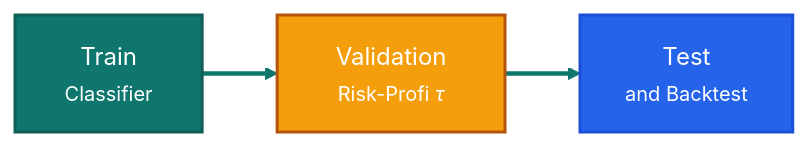
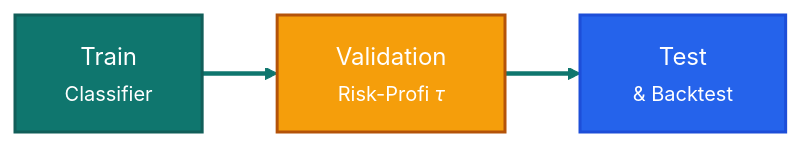
One commit to Pablo-Molla-Charlez/SecondaryModel changed the third of 3 diagrams in README.md. Above: the diagram before and after it, drawn with Mermaid. The commit also changed other lines of this file, not shown here.

````diff
--- a/README.md
+++ b/README.md
@@ -81,11 +81,11 @@
 ```mermaid
 %%{init: {'theme': 'base', 'themeVariables': { 'primaryColor': '#0f766e', 'primaryBorderColor': '#115e59', 'primaryTextColor': '#ffffff', 'secondaryColor': '#f59e0b', 'tertiaryColor': '#dbeafe', 'lineColor': '#0f172a', 'background': '#ffffff'}}}%%
 flowchart LR
     A["&nbsp;&nbsp;&nbsp;Train&nbsp;&nbsp;&nbsp;<br/><small>Classifier</small>"]:::train --> V["&nbsp;&nbsp;Validation&nbsp;&nbsp;<br/><small>Risk-Profi <i>τ</i></small>"]:::val
-    V --> D["&nbsp;&nbsp;&nbsp;&nbsp;&nbsp;Test&nbsp;&nbsp;&nbsp;&nbsp;&nbsp;<br/><small>and Backtest</small>"]:::test
+    V --> D["&nbsp;&nbsp;&nbsp;&nbsp;&nbsp;Test&nbsp;&nbsp;&nbsp;&nbsp;&nbsp;<br/><small>& Backtest</small>"]:::test
     
     classDef train fill:#0f766e,stroke:#115e59,color:#ffffff,stroke-width:2px;
     classDef val   fill:#f59e0b,stroke:#b45309,color:#ffffff,stroke-width:2px;
     classDef test  fill:#2563eb,stroke:#1d4ed8,color:#ffffff,stroke-width:2px;
     linkStyle default stroke:#0f766e,stroke-width:3px;
 ```
````
